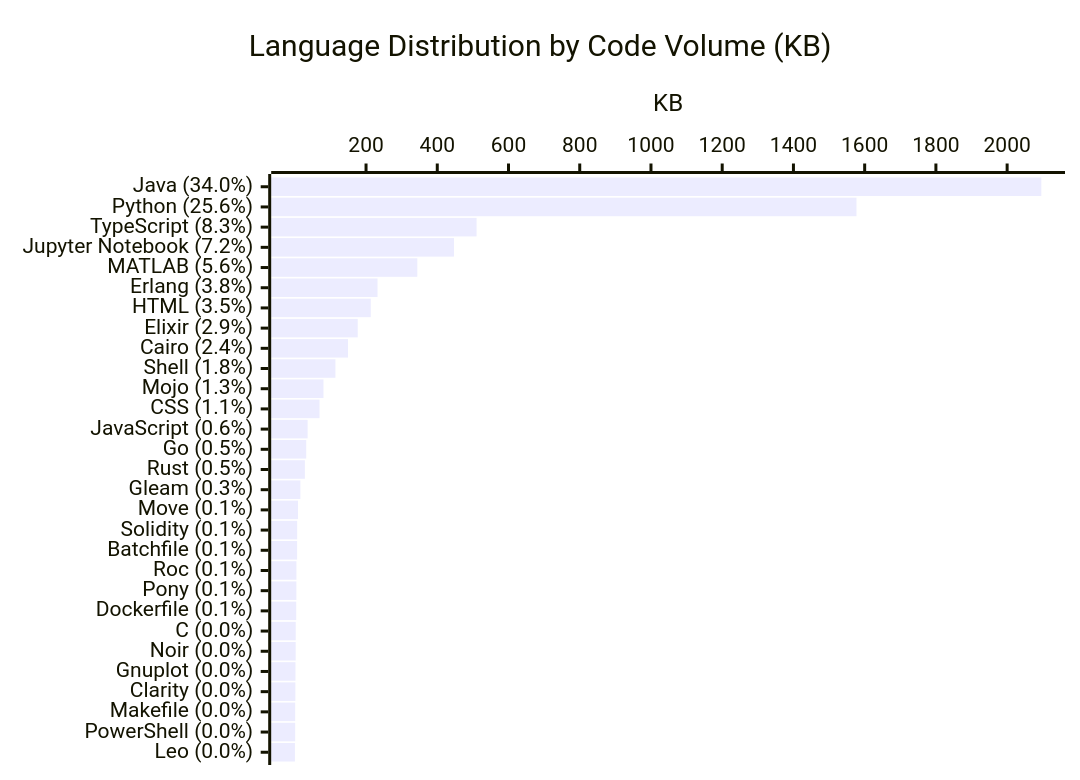
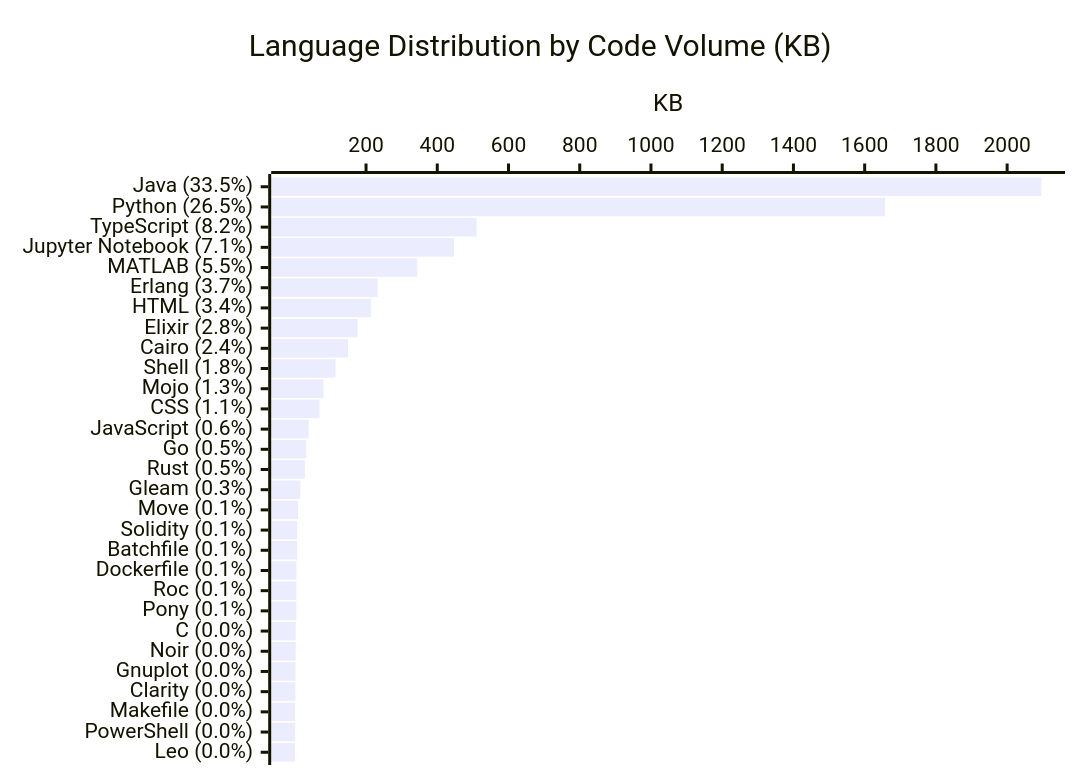
One commit to KathiraveluLab/.github changed the diagram in profile/README.md. Above: the diagram before and after it, drawn with Mermaid. The commit also changed other lines of this file and 1 other file, not shown here.

````diff
--- a/profile/README.md
+++ b/profile/README.md
@@ -66,7 +66,7 @@
 ```mermaid
 xychart-beta horizontal
     title "Language Distribution by Code Volume (KB)"
-    x-axis ["Java (34.0%)", "Python (25.6%)", "TypeScript (8.3%)", "Jupyter Notebook (7.2%)", "MATLAB (5.6%)", "Erlang (3.8%)", "HTML (3.5%)", "Elixir (2.9%)", "Cairo (2.4%)", "Shell (1.8%)", "Mojo (1.3%)", "CSS (1.1%)", "JavaScript (0.6%)", "Go (0.5%)", "Rust (0.5%)", "Gleam (0.3%)", "Move (0.1%)", "Solidity (0.1%)", "Batchfile (0.1%)", "Roc (0.1%)", "Pony (0.1%)", "Dockerfile (0.1%)", "C (0.0%)", "Noir (0.0%)", "Gnuplot (0.0%)", "Clarity (0.0%)", "Makefile (0.0%)", "PowerShell (0.0%)", "Leo (0.0%)"]
+    x-axis ["Java (33.5%)", "Python (26.5%)", "TypeScript (8.2%)", "Jupyter Notebook (7.1%)", "MATLAB (5.5%)", "Erlang (3.7%)", "HTML (3.4%)", "Elixir (2.8%)", "Cairo (2.4%)", "Shell (1.8%)", "Mojo (1.3%)", "CSS (1.1%)", "JavaScript (0.6%)", "Go (0.5%)", "Rust (0.5%)", "Gleam (0.3%)", "Move (0.1%)", "Solidity (0.1%)", "Batchfile (0.1%)", "Dockerfile (0.1%)", "Roc (0.1%)", "Pony (0.1%)", "C (0.0%)", "Noir (0.0%)", "Gnuplot (0.0%)", "Clarity (0.0%)", "Makefile (0.0%)", "PowerShell (0.0%)", "Leo (0.0%)"]
     y-axis "KB"
-    bar [2095.91, 1577.04, 510.29, 446.91, 343.93, 232.19, 213.25, 176.6, 149.42, 114.03, 80.48, 69.42, 35.92, 32.03, 28.25, 15.66, 8.83, 6.65, 6.48, 4.5, 4.41, 4.0, 2.58, 2.46, 1.82, 1.53, 1.02, 1.02, 0.26]
+    bar [2095.91, 1656.97, 510.29, 446.91, 343.93, 232.36, 213.86, 176.6, 149.42, 114.03, 80.48, 69.42, 38.79, 32.03, 28.25, 15.66, 8.83, 6.65, 6.48, 4.63, 4.5, 4.41, 2.58, 2.46, 1.82, 1.53, 1.02, 1.02, 0.26]
 ```
````
